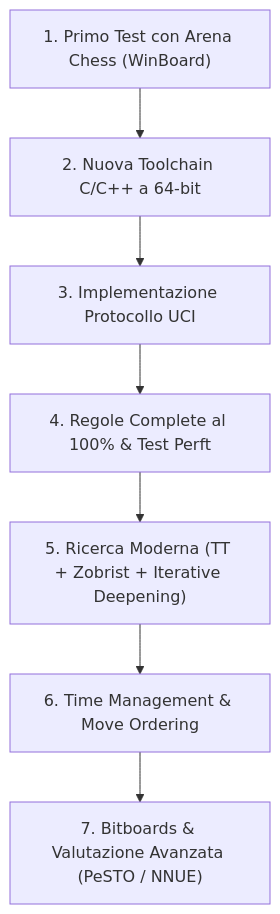
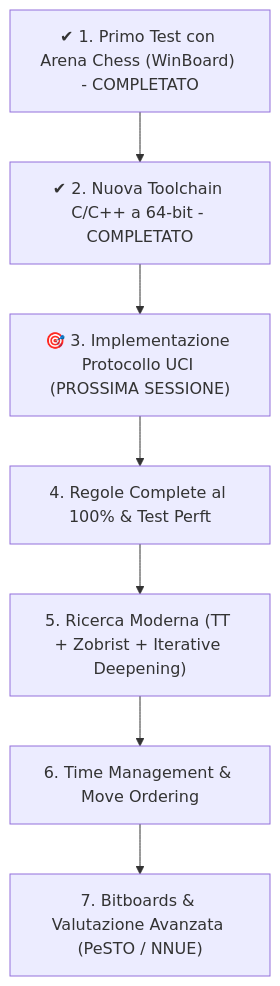
One commit to pieva/lamosca changed the diagram in PROJECT_STATUS.md. Above: the diagram before and after it, drawn with Mermaid. The commit also changed other lines of this file, not shown here.

Commit message:
docs: aggiornato PROJECT_STATUS.md con chiusura milestone 1 e 2 e target UCI per nuova sessione

````diff
--- a/PROJECT_STATUS.md
+++ b/PROJECT_STATUS.md
@@ -73,9 +73,9 @@
 ```mermaid
 flowchart TD
-    M1["1. Primo Test con Arena Chess (WinBoard)"] --> M2["2. Nuova Toolchain C/C++ a 64-bit"]
-    M2 --> M3["3. Implementazione Protocollo UCI"]
+    M1["✔ 1. Primo Test con Arena Chess (WinBoard) - COMPLETATO"] --> M2["✔ 2. Nuova Toolchain C/C++ a 64-bit - COMPLETATO"]
+    M2 --> M3["🎯 3. Implementazione Protocollo UCI (PROSSIMA SESSIONE)"]
     M3 --> M4["4. Regole Complete al 100% & Test Perft"]
     M4 --> M5["5. Ricerca Moderna (TT + Zobrist + Iterative Deepening)"]
     M5 --> M6["6. Time Management & Move Ordering"]
     M6 --> M7["7. Bitboards & Valutazione Avanzata (PeSTO / NNUE)"]
 ```
````
